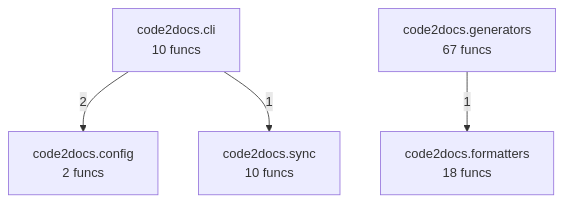
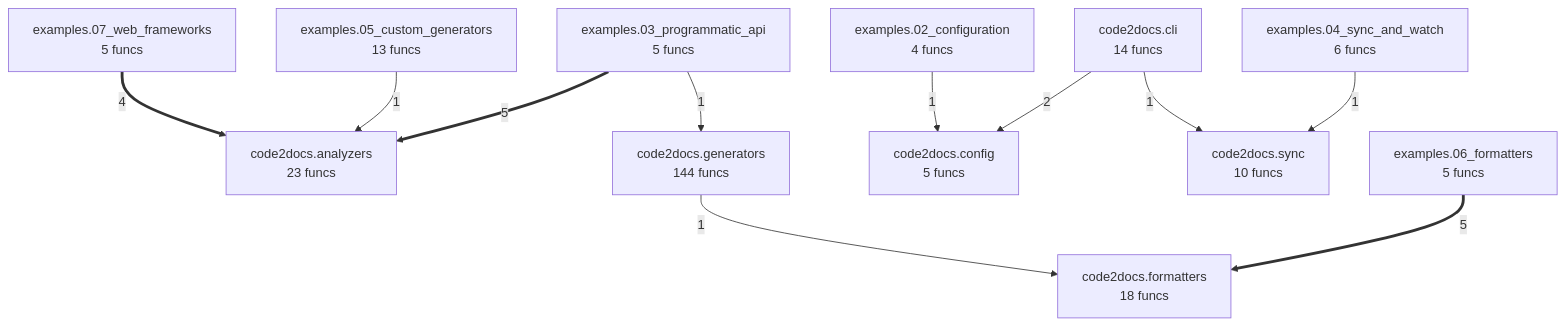
Before and after one commit to wronai/code2docs: the diagram in project/compact_flow.mmd, drawn with Mermaid. The commit also changed 77 other files, not shown here.

```diff
--- a/project/compact_flow.mmd
+++ b/project/compact_flow.mmd
@@ -1,9 +1,23 @@
 flowchart TD
-    code2docs_cli["code2docs.cli<br/>10 funcs"]
-    code2docs_config["code2docs.config<br/>2 funcs"]
+    code2docs_analyzers["code2docs.analyzers<br/>23 funcs"]
+    code2docs_cli["code2docs.cli<br/>14 funcs"]
+    code2docs_config["code2docs.config<br/>5 funcs"]
     code2docs_formatters["code2docs.formatters<br/>18 funcs"]
-    code2docs_generators["code2docs.generators<br/>67 funcs"]
+    code2docs_generators["code2docs.generators<br/>144 funcs"]
     code2docs_sync["code2docs.sync<br/>10 funcs"]
+    examples_02_configuration["examples.02_configuration<br/>4 funcs"]
+    examples_03_programmatic_api["examples.03_programmatic_api<br/>5 funcs"]
+    examples_04_sync_and_watch["examples.04_sync_and_watch<br/>6 funcs"]
+    examples_05_custom_generators["examples.05_custom_generators<br/>13 funcs"]
+    examples_06_formatters["examples.06_formatters<br/>5 funcs"]
+    examples_07_web_frameworks["examples.07_web_frameworks<br/>5 funcs"]
+    examples_06_formatters ==>|5| code2docs_formatters
+    examples_03_programmatic_api ==>|5| code2docs_analyzers
+    examples_07_web_frameworks ==>|4| code2docs_analyzers
     code2docs_cli -->|2| code2docs_config
+    examples_04_sync_and_watch -->|1| code2docs_sync
+    examples_05_custom_generators -->|1| code2docs_analyzers
+    examples_03_programmatic_api -->|1| code2docs_generators
+    examples_02_configuration -->|1| code2docs_config
     code2docs_generators -->|1| code2docs_formatters
     code2docs_cli -->|1| code2docs_sync
```
